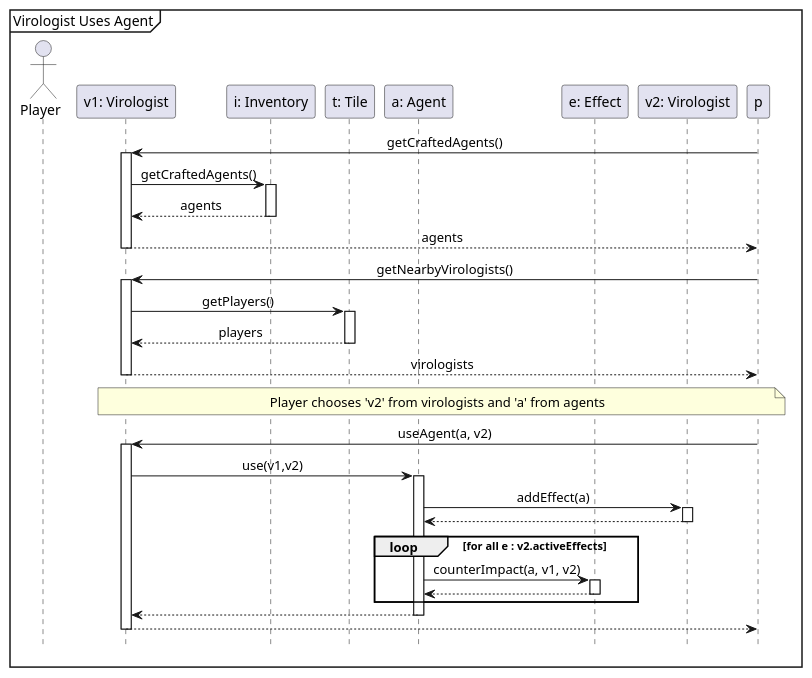
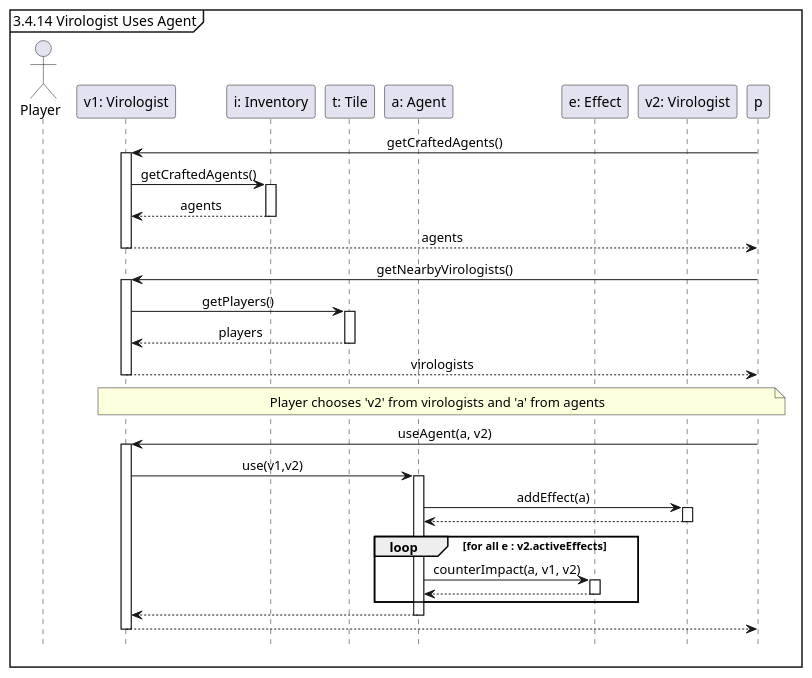
Before and after one commit to Tschonti/503-service-unavailable: the diagram in docs/seqDiagrams/12_1virologistUsesAgent.puml, drawn with PlantUML. The commit also changed 5 other files, not shown here.

```diff
--- a/docs/seqDiagrams/12_1virologistUsesAgent.puml
+++ b/docs/seqDiagrams/12_1virologistUsesAgent.puml
@@ -1,38 +1,39 @@
 @startuml
 'https://plantuml.com/sequence-diagram
 hide footbox
 skinparam sequenceMessageAlign center
-mainframe Virologist Uses Agent
+
+mainframe 3.4.14 Virologist Uses Agent
 
 actor Player
 participant "v1: Virologist" as v1
 participant "i: Inventory" as i
 participant "t: Tile" as t
 participant "a: Agent" as a
 participant "e: Effect" as e
 participant "v2: Virologist" as v2
 
 p -> v1 ++ : getCraftedAgents()
     v1-> i ++ : getCraftedAgents()
     return agents
 return agents
 
 p -> v1 ++ : getNearbyVirologists()
     v1-> t ++ : getPlayers()
     return players
 return virologists
 
 note over p, v1 : Player chooses 'v2' from virologists and 'a' from agents
 p -> v1 ++: useAgent(a, v2)
     v1 -> a ++: use(v1,v2)
         a -> v2 ++: addEffect(a)
         return
         loop for all e : v2.activeEffects
             a -> e ++: counterImpact(a, v1, v2)
             return
         end
     return
 return
 
 
 @enduml
```
